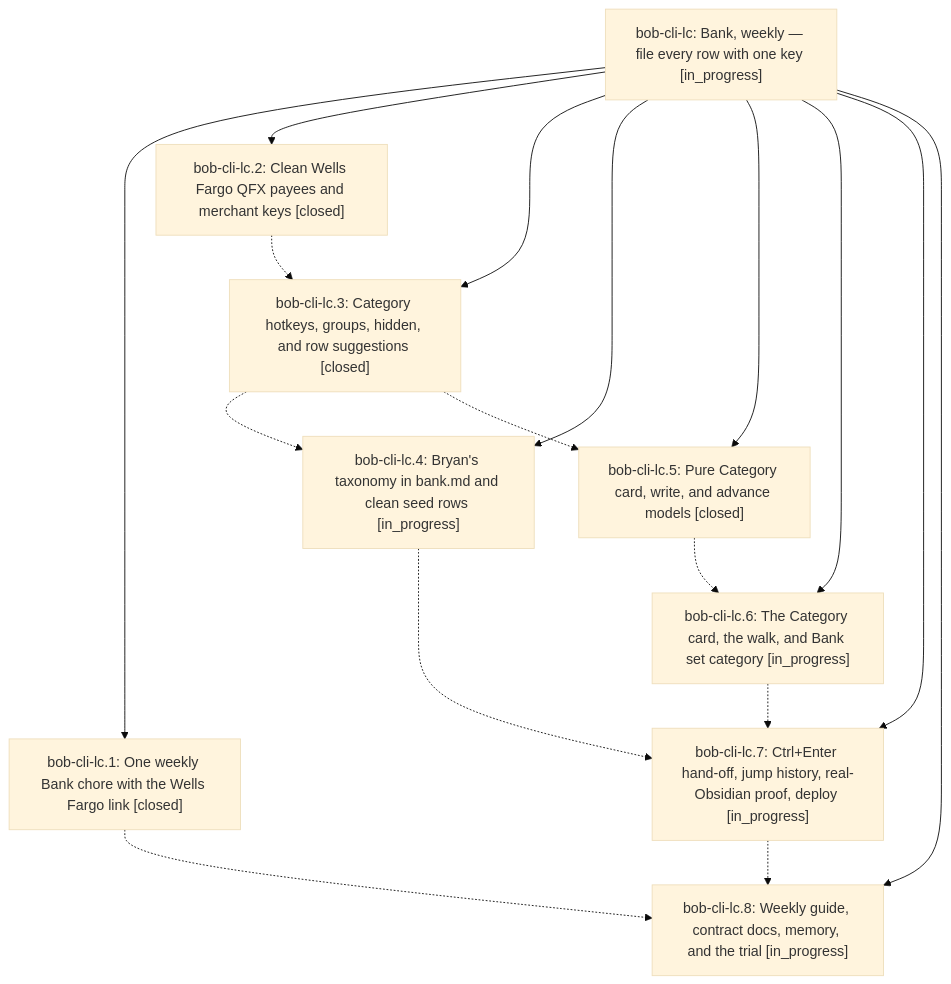
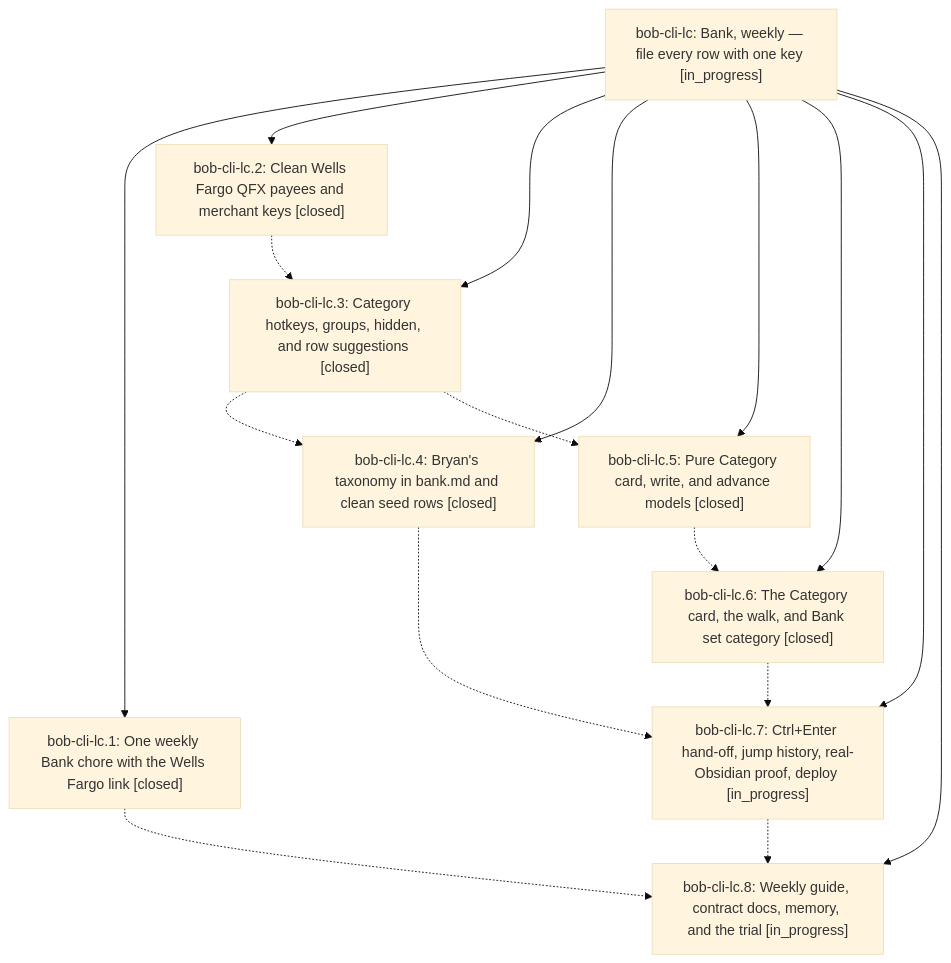
Before and after one commit to bobs-org/bob-cli--beads: the diagram in pages/bob-cli-lc/README.md, drawn with Mermaid (base theme). The commit also changed other lines of this file and 5 other files, not shown here.

First line of the commit message:
chore(beads): sync bead state and pages for bob-cli-lc

````diff
--- a/pages/bob-cli-lc/README.md
+++ b/pages/bob-cli-lc/README.md
@@ -41,28 +43,28 @@
 ```mermaid
 flowchart TD
     n0["bob-cli-lc: Bank, weekly — file every row with one key [in_progress]"]
     n1["bob-cli-lc.1: One weekly Bank chore with the Wells Fargo link [closed]"]
     n2["bob-cli-lc.2: Clean Wells Fargo QFX payees and merchant keys [closed]"]
     n3["bob-cli-lc.3: Category hotkeys, groups, hidden, and row suggestions [closed]"]
-    n4["bob-cli-lc.4: Bryan's taxonomy in bank.md and clean seed rows [in_progress]"]
+    n4["bob-cli-lc.4: Bryan's taxonomy in bank.md and clean seed rows [closed]"]
     n5["bob-cli-lc.5: Pure Category card, write, and advance models [closed]"]
-    n6["bob-cli-lc.6: The Category card, the walk, and Bank set category [in_progress]"]
+    n6["bob-cli-lc.6: The Category card, the walk, and Bank set category [closed]"]
     n7["bob-cli-lc.7: Ctrl+Enter hand-off, jump history, real-Obsidian proof, deploy [in_progress]"]
     n8["bob-cli-lc.8: Weekly guide, contract docs, memory, and the trial [in_progress]"]
     n0 --> n1
     n0 --> n2
     n0 --> n3
     n0 --> n4
     n0 --> n5
     n0 --> n6
     n0 --> n7
     n0 --> n8
     n1 -.-> n8
     n2 -.-> n3
     n3 -.-> n4
     n3 -.-> n5
     n4 -.-> n7
     n5 -.-> n6
     n6 -.-> n7
     n7 -.-> n8
 ```
````
